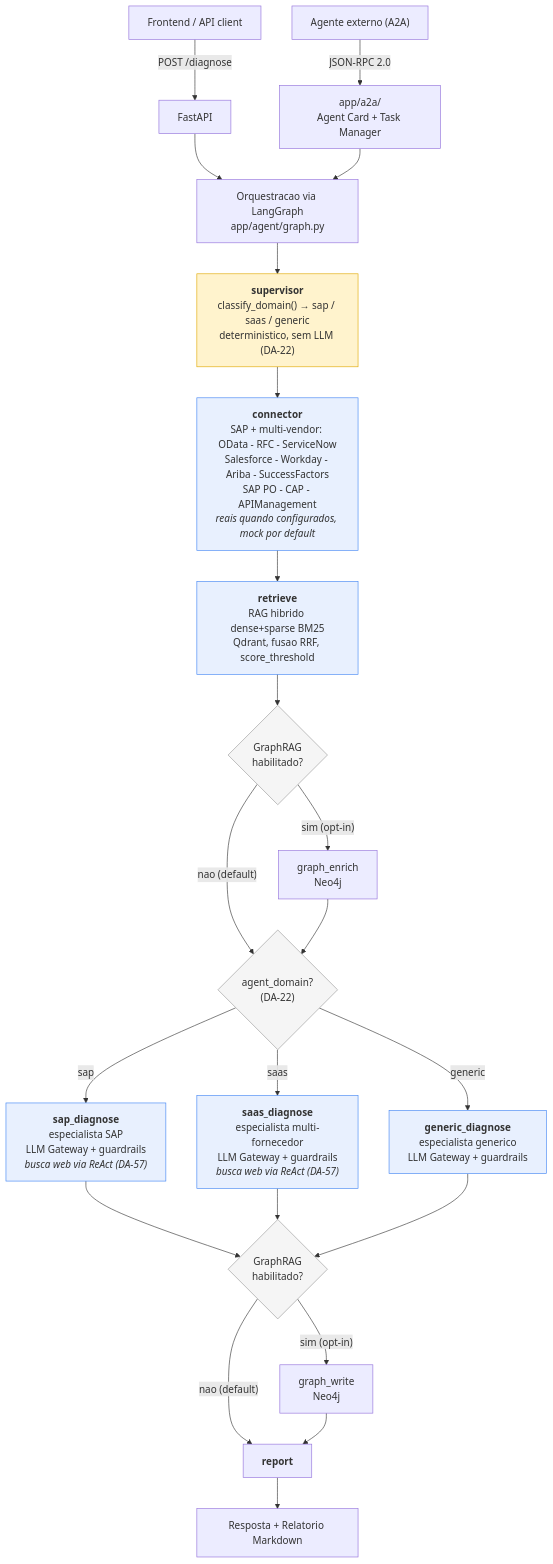
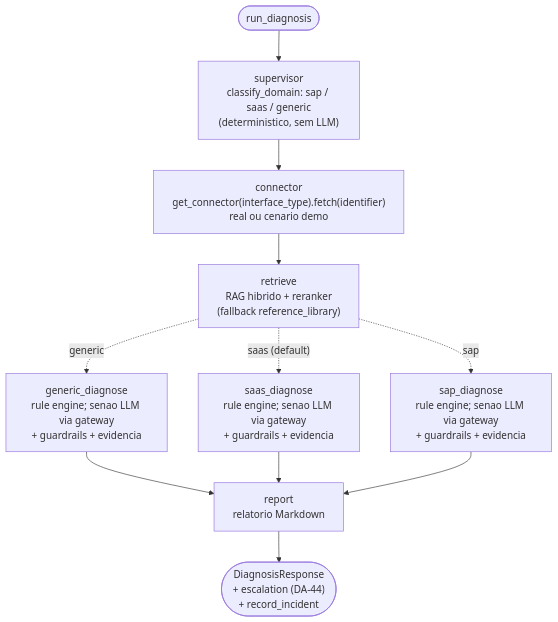
One commit to marcos-slima/integration-incident-copilot changed the diagram in README.md. Above: the diagram before and after it, drawn with Mermaid. The commit also changed other lines of this file and 5 other files, not shown here.

First line of the commit message:
docs: diagramas de arquitetura de agentes, grafo gerado do codigo e conferidos por teste

````diff
--- a/README.md
+++ b/README.md
@@ -36,34 +45,22 @@
 ```mermaid
 flowchart TD
-    A["Frontend / API client"] -->|"POST /diagnose"| C["FastAPI"]
-    B["Agente externo (A2A)"] -->|"JSON-RPC 2.0"| D["app/a2a/<br/>Agent Card + Task Manager"]
-    C --> E["Orquestracao via LangGraph<br/>app/agent/graph.py"]
-    D --> E
-    E --> S["<b>supervisor</b><br/>classify_domain() → sap / saas / generic<br/>deterministico, sem LLM (DA-22)"]
-    S --> F["<b>connector</b><br/>SAP + multi-vendor: OData - RFC - ServiceNow<br/>Salesforce - Workday - Ariba - SuccessFactors<br/>SAP PO - CAP - APIManagement<br/><i>reais quando configurados, mock por default</i>"]
-    F --> G["<b>retrieve</b><br/>RAG hibrido dense+sparse BM25<br/>Qdrant, fusao RRF, score_threshold"]
-    G --> H{"GraphRAG<br/>habilitado?"}
-    H -->|"sim (opt-in)"| I["graph_enrich<br/>Neo4j"]
-    H -->|"nao (default)"| R{"agent_domain?<br/>(DA-22)"}
-    I --> R
-    R -->|"sap"| J1["<b>sap_diagnose</b><br/>especialista SAP<br/>LLM Gateway + guardrails<br/><i>busca web via ReAct (DA-57)</i>"]
-    R -->|"saas"| J2["<b>saas_diagnose</b><br/>especialista multi-fornecedor<br/>LLM Gateway + guardrails<br/><i>busca web via ReAct (DA-57)</i>"]
-    R -->|"generic"| J3["<b>generic_diagnose</b><br/>especialista generico<br/>LLM Gateway + guardrails"]
-    J1 --> K{"GraphRAG<br/>habilitado?"}
-    J2 --> K
-    J3 --> K
-    K -->|"sim (opt-in)"| L["graph_write<br/>Neo4j"]
-    K -->|"nao (default)"| M["<b>report</b>"]
-    L --> M
-    M --> N["Resposta + Relatorio Markdown"]
-
-    style H fill:#f5f5f5,stroke:#999
-    style K fill:#f5f5f5,stroke:#999
-    style R fill:#f5f5f5,stroke:#999
-    style S fill:#fff3cd,stroke:#e0a800
-    style F fill:#e8f0fe,stroke:#4285f4
-    style G fill:#e8f0fe,stroke:#4285f4
-    style J1 fill:#e8f0fe,stroke:#4285f4
-    style J2 fill:#e8f0fe,stroke:#4285f4
-    style J3 fill:#e8f0fe,stroke:#4285f4
+    inicio(["run_diagnosis"])
+    supervisor["supervisor<br/>classify_domain: sap / saas / generic<br/>(deterministico, sem LLM)"]
+    connector["connector<br/>get_connector(interface_type).fetch(identifier)<br/>real ou cenario demo"]
+    retrieve["retrieve<br/>RAG hibrido + reranker<br/>(fallback reference_library)"]
+    sap_diagnose["sap_diagnose<br/>rule engine; senao LLM via gateway<br/>+ guardrails + evidencia"]
+    saas_diagnose["saas_diagnose<br/>rule engine; senao LLM via gateway<br/>+ guardrails + evidencia"]
+    generic_diagnose["generic_diagnose<br/>rule engine; senao LLM via gateway<br/>+ guardrails + evidencia"]
+    report["report<br/>relatorio Markdown"]
+    fim(["DiagnosisResponse<br/>+ escalation (DA-44)<br/>+ record_incident"])
+    inicio --> supervisor
+    connector --> retrieve
+    generic_diagnose --> report
+    report --> fim
+    retrieve -.->|"generic"| generic_diagnose
+    retrieve -.->|"saas (default)"| saas_diagnose
+    retrieve -.->|"sap"| sap_diagnose
+    saas_diagnose --> report
+    sap_diagnose --> report
+    supervisor --> connector
 ```
````
